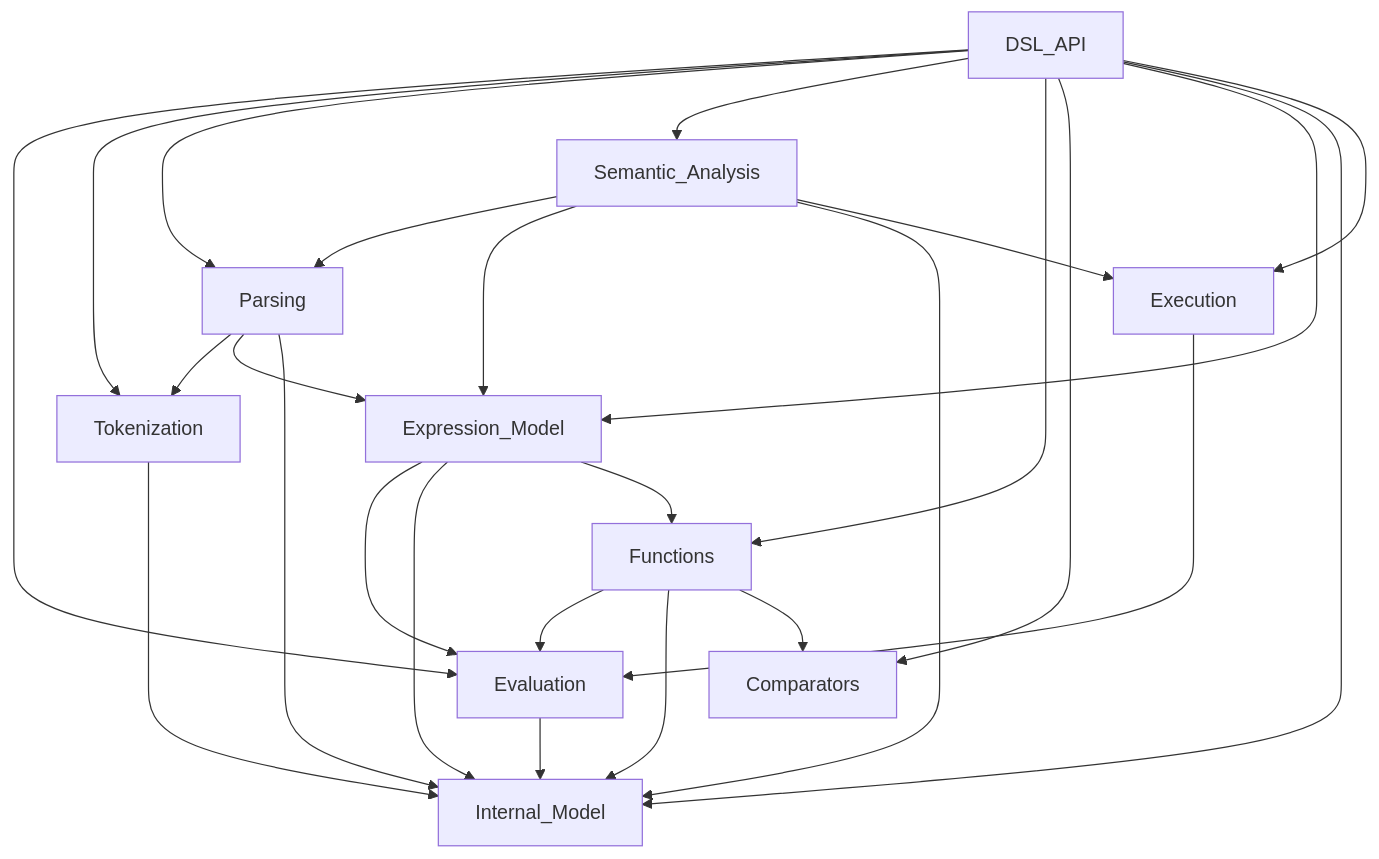
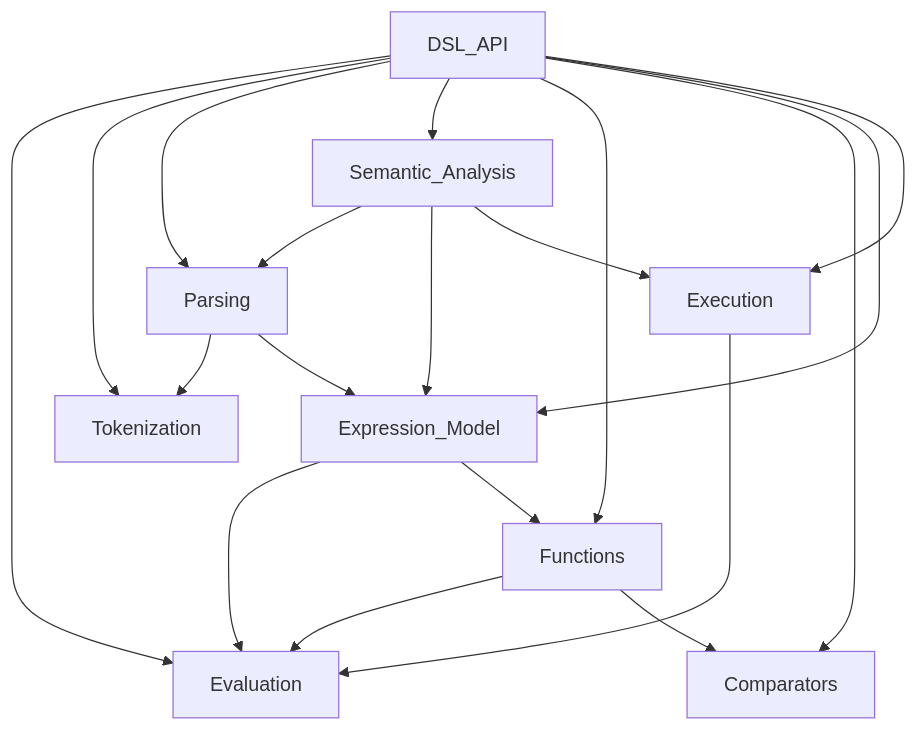
The diagram in INTERNAL-DEPENDENCIES.md (flarebyte/boolean_rhapsody), drawn with Mermaid before and after one commit.

Commit message:
Remove internal model node

````diff
--- a/INTERNAL-DEPENDENCIES.md
+++ b/INTERNAL-DEPENDENCIES.md
@@ -5,39 +5,29 @@
 ```mermaid
   graph TD
   DSL_API --> Evaluation
   DSL_API --> Tokenization
   DSL_API --> Parsing
   DSL_API --> Semantic_Analysis
   DSL_API --> Functions
   DSL_API --> Comparators
   DSL_API --> Expression_Model
-  DSL_API --> Internal_Model
   DSL_API --> Execution
-
-  Evaluation --> Internal_Model
-
-  Tokenization --> Internal_Model
-
+  
   Parsing --> Tokenization
   Parsing --> Expression_Model
-  Parsing --> Internal_Model
 
   Semantic_Analysis --> Parsing
   Semantic_Analysis --> Expression_Model
-  Semantic_Analysis --> Internal_Model
   Semantic_Analysis --> Execution
 
   Functions --> Evaluation
-  Functions --> Internal_Model
   Functions --> Comparators
 
   Expression_Model --> Evaluation
-  Expression_Model --> Internal_Model
   Expression_Model --> Functions
 
   Execution --> Evaluation
 
   Comparators
-  Internal_Model
 
 ```
````
